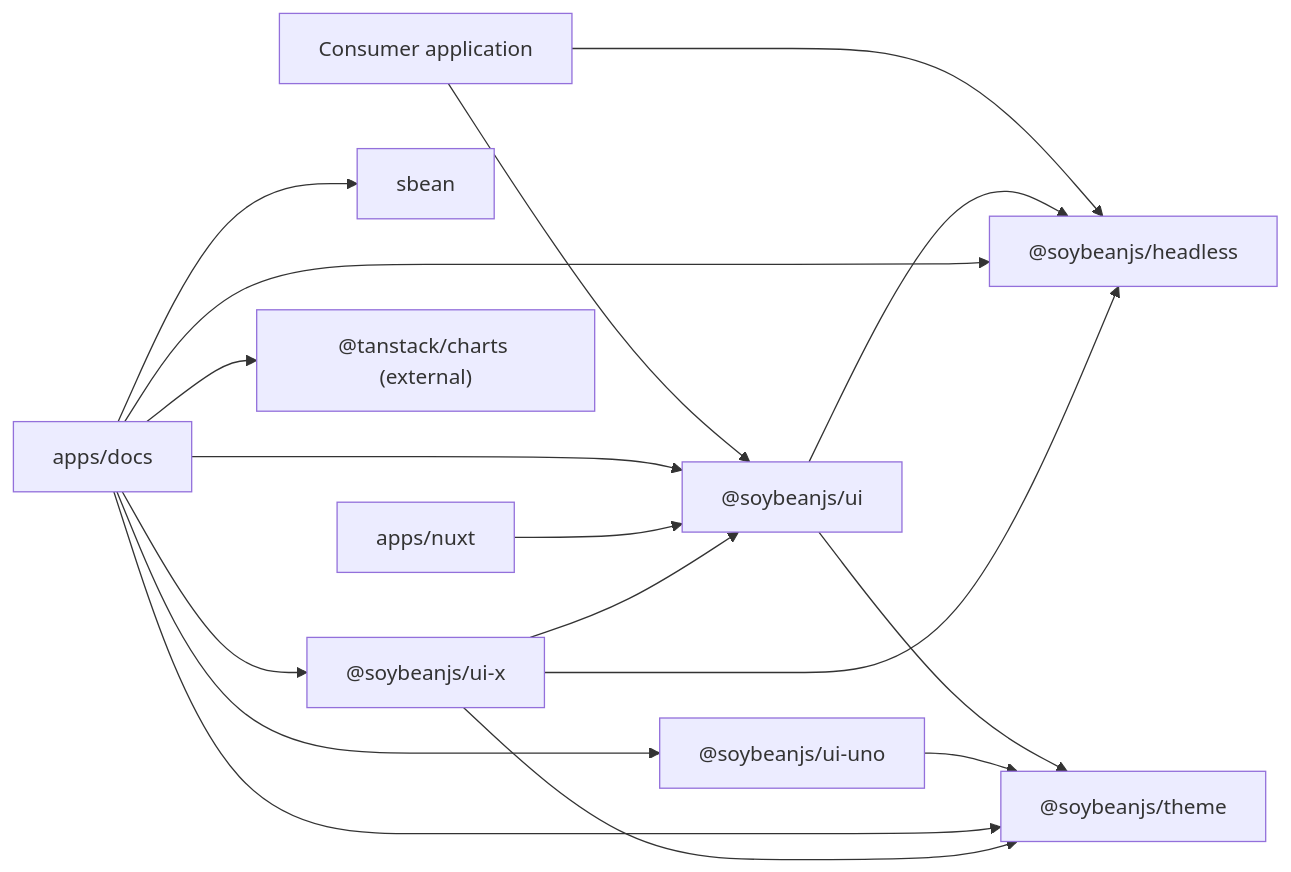
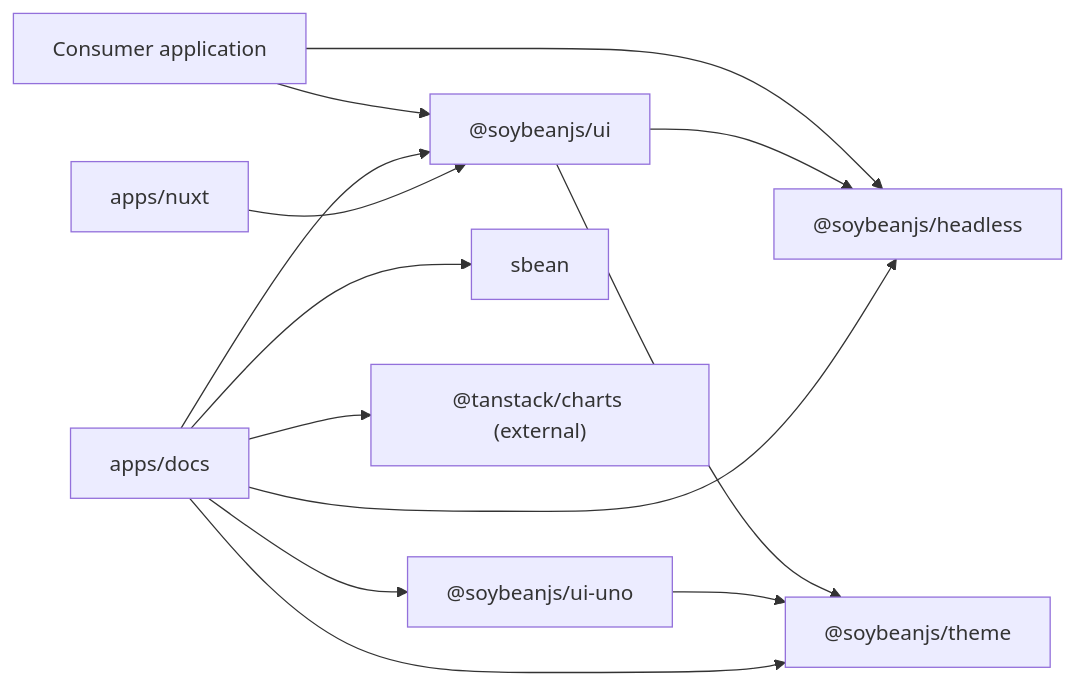
One commit to soybeanjs/soybean-ui changed the first of 3 diagrams in docs/architecture.md. Above: the diagram before and after it, drawn with Mermaid. The commit also changed other lines of this file and 363 other files, not shown here.

````diff
--- a/docs/architecture.md
+++ b/docs/architecture.md
@@ -101,30 +102,25 @@
 ```mermaid
 flowchart LR
   Consumer[Consumer application]
   Headless["@soybeanjs/headless"]
   UI["@soybeanjs/ui"]
   Theme["@soybeanjs/theme"]
   Uno["@soybeanjs/ui-uno"]
   Sbean["sbean"]
-  UiX["@soybeanjs/ui-x"]
   TanStackCharts["@tanstack/charts (external)"]
   Docs["apps/docs"]
   Nuxt["apps/nuxt"]
 
   Consumer --> UI
   Consumer --> Headless
   UI --> Headless
   UI --> Theme
   Uno --> Theme
   Docs --> UI
   Docs --> Headless
   Docs --> Theme
   Docs --> Uno
-  Docs --> UiX
   Docs --> Sbean
   Docs --> TanStackCharts
   Nuxt --> UI
-  UiX --> UI
-  UiX --> Headless
-  UiX --> Theme
 ```
````
